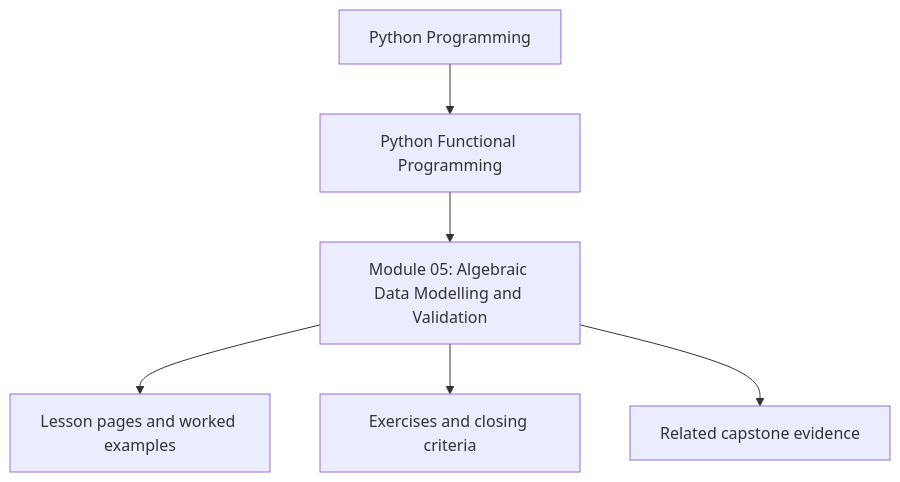
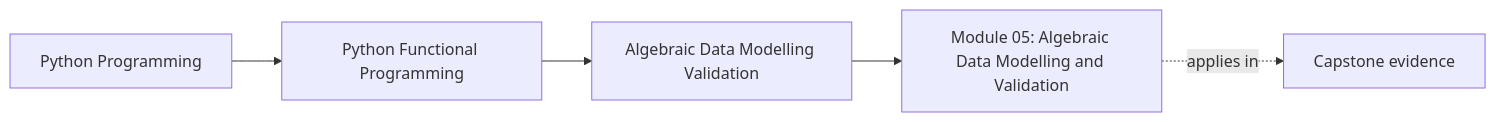
The first of 2 diagrams in programs/python-programming/python-functional-programming/course-book/module-05-algebraic-data-modelling-validation/index.md (bijux/bijux-masterclass), drawn with Mermaid before and after one commit. The commit also changed other lines of this file and 108 other files, not shown here.

Commit message:
docs(python-functional-programming): map capstone and advanced design surfaces

````diff
--- a/programs/python-programming/python-functional-programming/course-book/module-05-algebraic-data-modelling-validation/index.md
+++ b/programs/python-programming/python-functional-programming/course-book/module-05-algebraic-data-modelling-validation/index.md
@@ -7,8 +7,11 @@
 ```mermaid
-flowchart TD
-  family["Python Programming"] --> program["Python Functional Programming"]
-  program --> module["Module 05: Algebraic Data Modelling and Validation"]
-  module --> lessons["Lesson pages and worked examples"]
-  module --> checkpoints["Exercises and closing criteria"]
-  module --> capstone["Related capstone evidence"]
+graph LR
+  family["Python Programming"]
+  program["Python Functional Programming"]
+  section["Algebraic Data Modelling Validation"]
+  page["Module 05: Algebraic Data Modelling and Validation"]
+  capstone["Capstone evidence"]
+
+  family --> program --> section --> page
+  page -.applies in.-> capstone
 ```
````
